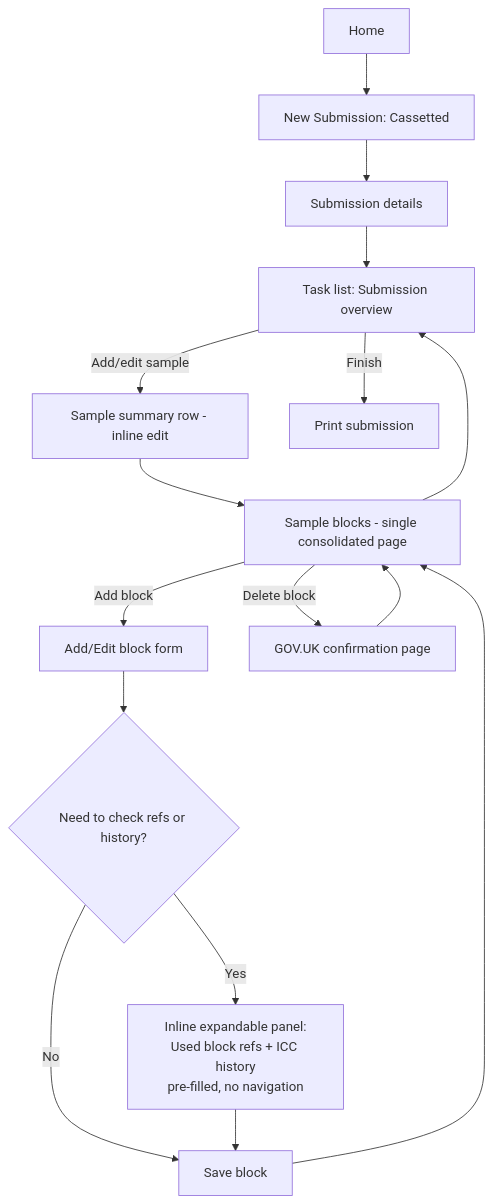
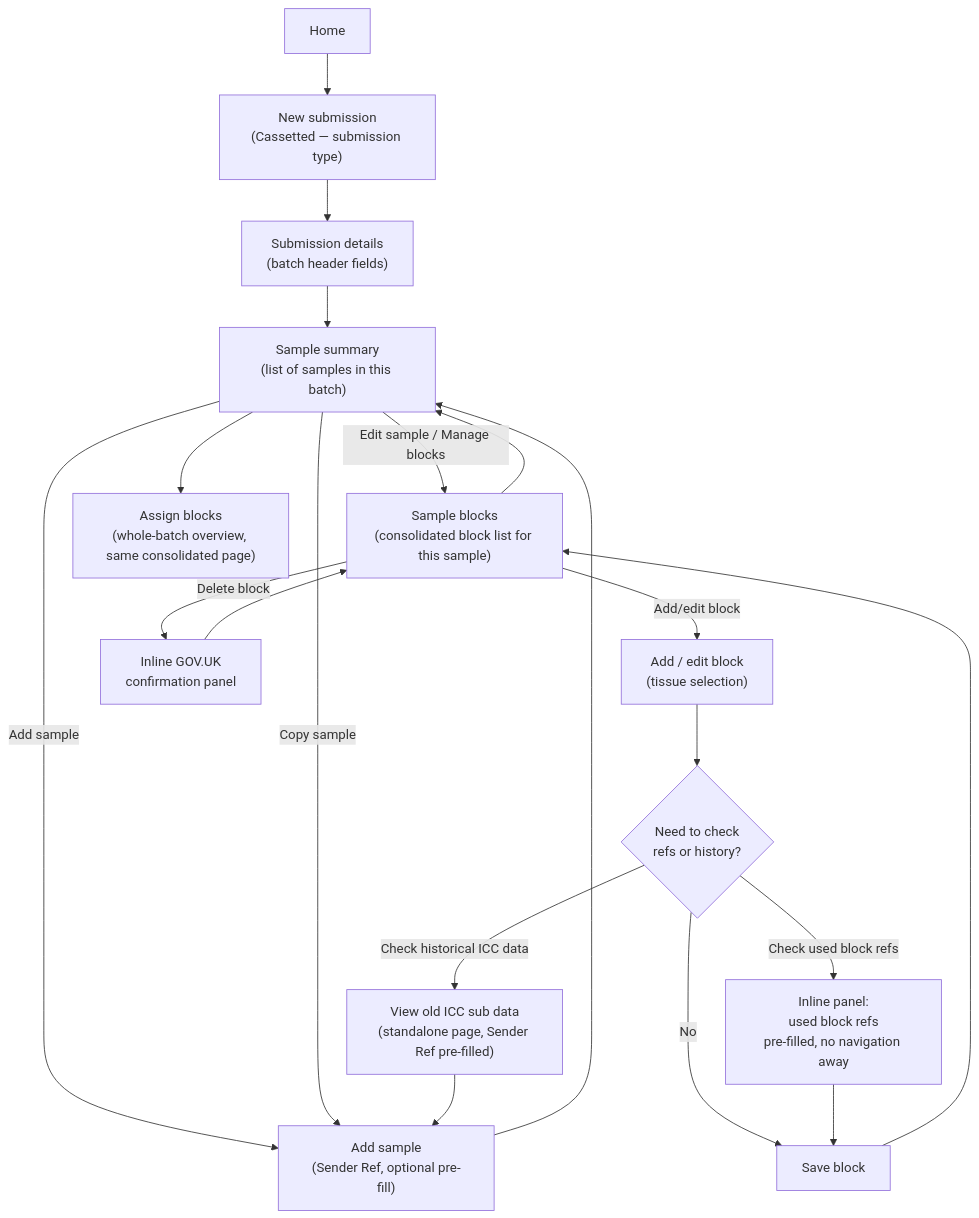
The diagram in docs/TSE-NonTSE-Submission-Workflow-Redesign.md (DEFRA/histopathology), drawn with Mermaid before and after one commit. The commit also changed other lines of this file and 17 other files, not shown here.

````diff
--- a/docs/TSE-NonTSE-Submission-Workflow-Redesign.md
+++ b/docs/TSE-NonTSE-Submission-Workflow-Redesign.md
@@ -63,18 +79,22 @@
 ```mermaid
 flowchart TD
-    A[Home] --> B[New Submission: Cassetted]
-    B --> C[Submission details]
-    C --> D[Task list: Submission overview]
-    D -->|Add/edit sample| E[Sample summary row - inline edit]
-    E --> F[Sample blocks - single consolidated page]
-    F -->|Add block| G[Add/Edit block form]
-    G --> H{Need to check refs or history?}
-    H -->|Yes| I[Inline expandable panel:\nUsed block refs + ICC history\npre-filled, no navigation]
-    H -->|No| J[Save block]
-    I --> J
-    J --> F
-    F -->|Delete block| K[GOV.UK confirmation page]
+    A[Home] --> B["New submission\n(Cassetted — submission type)"]
+    B --> C["Submission details\n(batch header fields)"]
+    C --> D["Sample summary\n(list of samples in this batch)"]
+    D -->|Add sample| E["Add sample\n(Sender Ref, optional pre-fill)"]
+    E --> D
+    D -->|Copy sample| E
+    D -->|Edit sample / Manage blocks| F["Sample blocks\n(consolidated block list for this sample)"]
+    F -->|Add/edit block| G["Add / edit block\n(tissue selection)"]
+    G --> H{"Need to check\nrefs or history?"}
+    H -->|Check used block refs| I["Inline panel:\nused block refs\npre-filled, no navigation away"]
+    H -->|Check historical ICC data| J["View old ICC sub data\n(standalone page, Sender Ref pre-filled)"]
+    H -->|No| K[Save block]
+    I --> K
+    J --> E
     K --> F
+    F -->|Delete block| L["Inline GOV.UK\nconfirmation panel"]
+    L --> F
     F --> D
-    D -->|Finish| L[Print submission]
+    D --> M["Assign blocks\n(whole-batch overview, same consolidated page)"]
 ```
````
